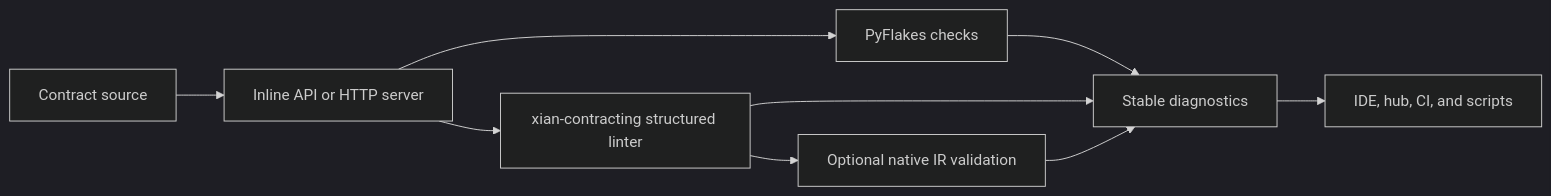
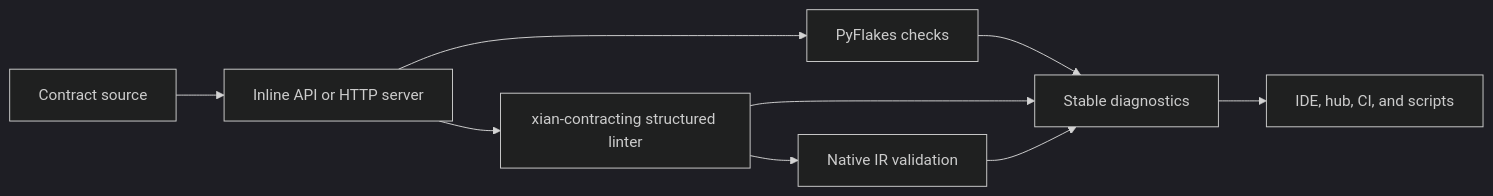
The diagram in README.md (xian-technology/xian-linter), drawn with Mermaid (dark theme) before and after one commit. The commit also changed other lines of this file and 9 other files, not shown here.

Commit message:
Default inline and HTTP linting to V2 native validation

````diff
--- a/README.md
+++ b/README.md
@@ -15,11 +15,11 @@
 ```mermaid
 flowchart LR
   Source["Contract source"] --> API["Inline API or HTTP server"]
   API --> Pyflakes["PyFlakes checks"]
   API --> Contracting["xian-contracting structured linter"]
-  Contracting --> VM["Optional native IR validation"]
+  Contracting --> VM["Native IR validation"]
   Pyflakes --> Results["Stable diagnostics"]
   Contracting --> Results
   VM --> Results
   Results --> Tools["IDE, hub, CI, and scripts"]
 ```
````
